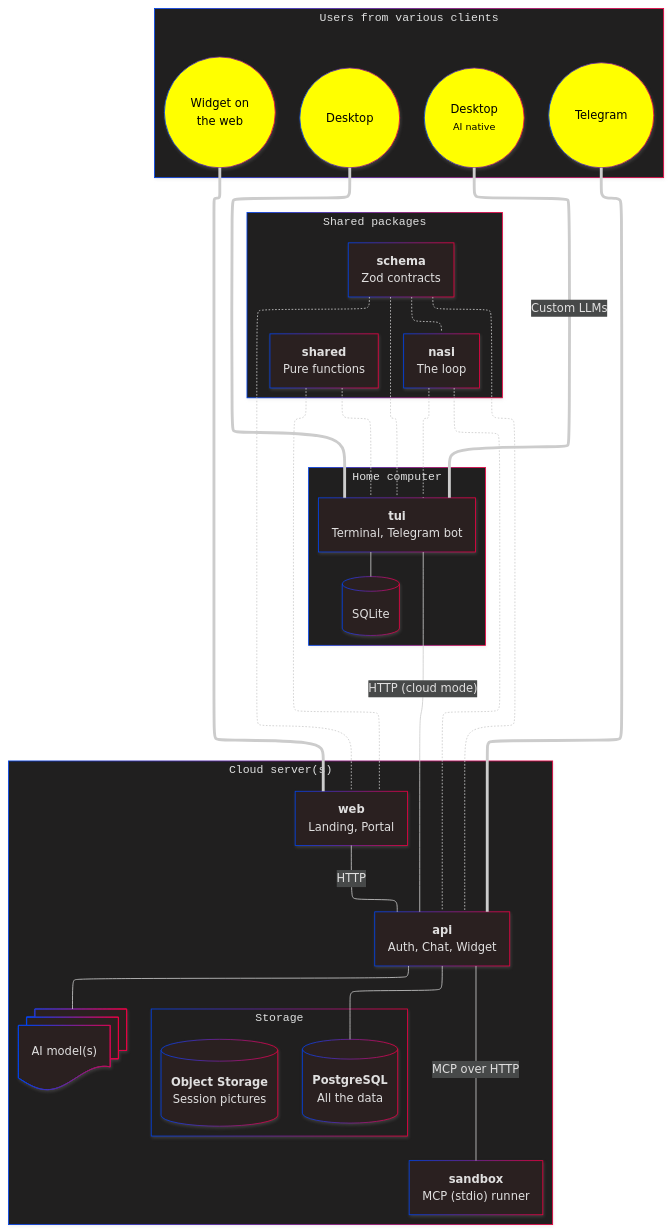
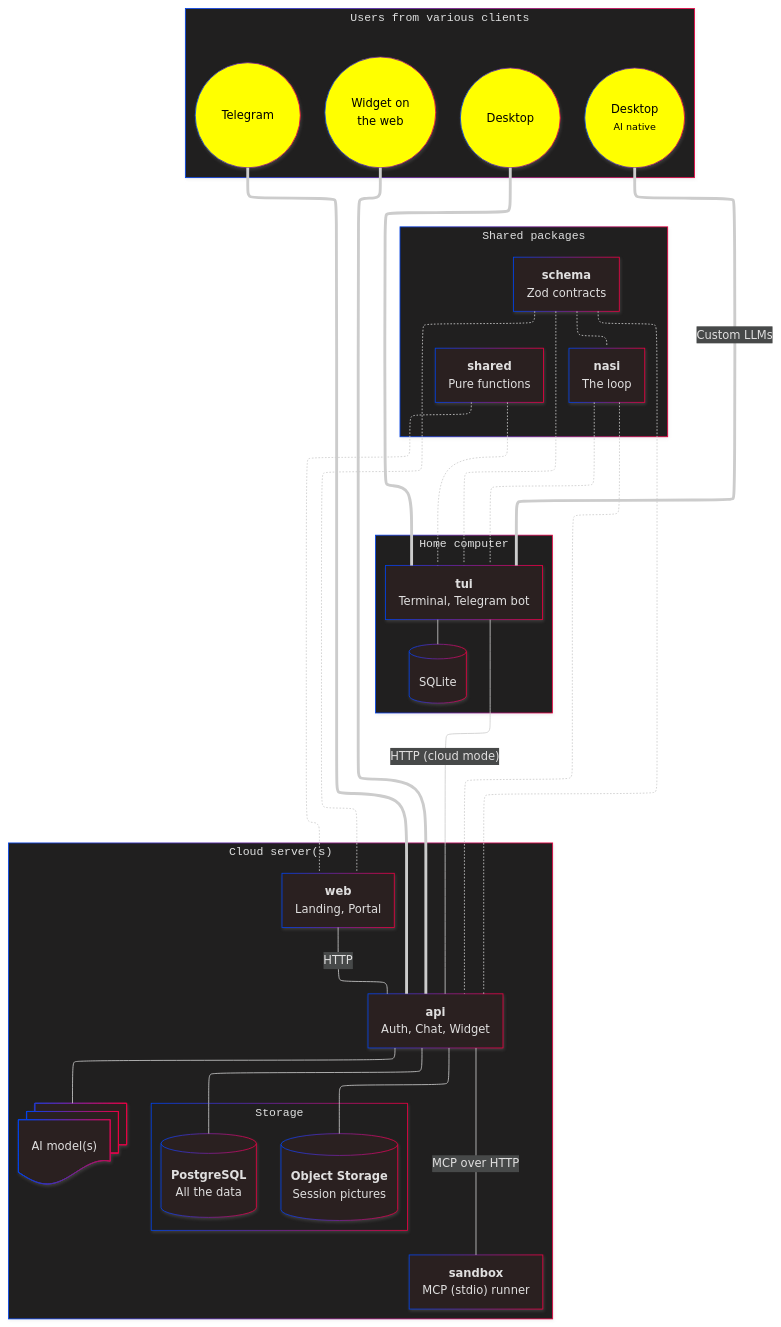
The diagram in README.md (SubZtep/kaja), drawn with Mermaid before and after one commit. The commit also changed other lines of this file and 30 other files, not shown here.

````diff
--- a/README.md
+++ b/README.md
@@ -66,62 +94,63 @@
 ```mermaid
 ---
 config:
   look: neo
   theme: neo-dark
   layout: elk
   elk:
     nodePlacementStrategy: LINEAR_SEGMENTS
 ---
 flowchart TB
     subgraph Users["<tt>Users from various clients</tt>"]
       USER1((Desktop<br><small>AI native</small>)):::person
       USER2((Desktop)):::person
       USER3((Telegram)):::person
       USER4((Widget on<br>the web)):::person
     end
 
     subgraph Local["<tt>Home computer</tt>"]
         TUI["<b>tui</b><br>Terminal, Telegram bot"]
         SQL[("SQLite")]
     end
 
     subgraph Apps["<tt>Cloud server(s)</tt>"]
         API["<b>api</b><br>Auth, Chat, Widget"]
         WEB["<b>web</b><br>Landing, Portal"]
         SANDBOX["<b>sandbox</b><br>MCP (stdio) runner"]
         subgraph Data["<tt>Storage</tt>"]
             DB[("<b>PostgreSQL</b><br>All the data")]
             S3[("<b>Object Storage</b><br>Session pictures")]
         end
         LLM@{ shape: docs, label: "AI model(s)" }
     end
 
-    subgraph Packages["<tt>Shared packages<tt>"]
+    subgraph Packages["<tt>Shared packages</tt>"]
         NASI["<b>nasi</b><br>The loop"]
         SCHEMA["<b>schema</b><br>Zod contracts"]
         SHARED["<b>shared</b><br>Pure functions"]
     end
 
     USER1 == Custom LLMs === TUI
     USER2 === TUI
     USER3 === API
-    USER4 === WEB
+    USER4 === API
 
     API --- DB
+    API --- S3
     API --- LLM
     TUI --- SQL
     WEB ---|HTTP| API
     TUI ---|"HTTP (cloud mode)"| API
     API ---|"MCP over HTTP"| SANDBOX
 
     NASI -.- API
     NASI -.- TUI
     SCHEMA -.- API
     SCHEMA -.- WEB
     SCHEMA -.- TUI
     SCHEMA -.- NASI
     SHARED -.- WEB
     SHARED -.- TUI
-    
+
     classDef person fill:#ffff00,color:#000000
 ```
````
